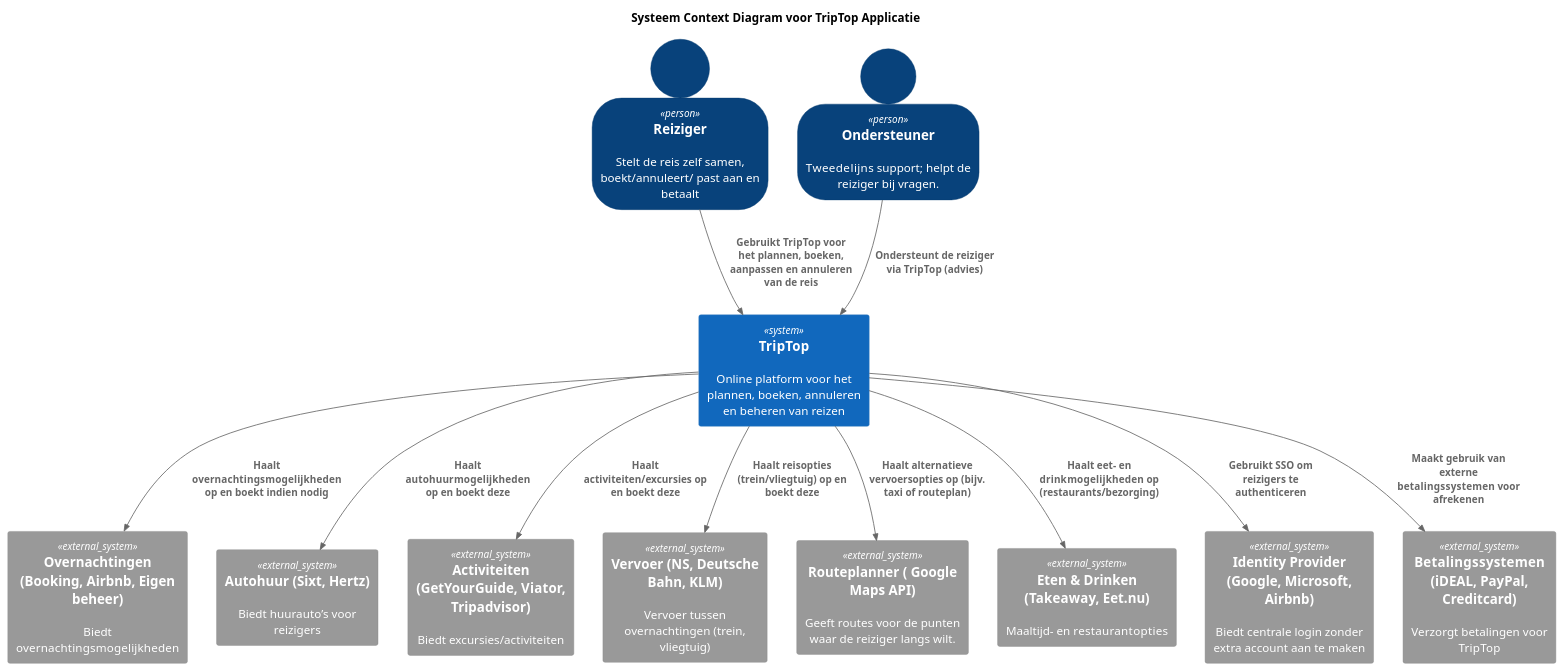
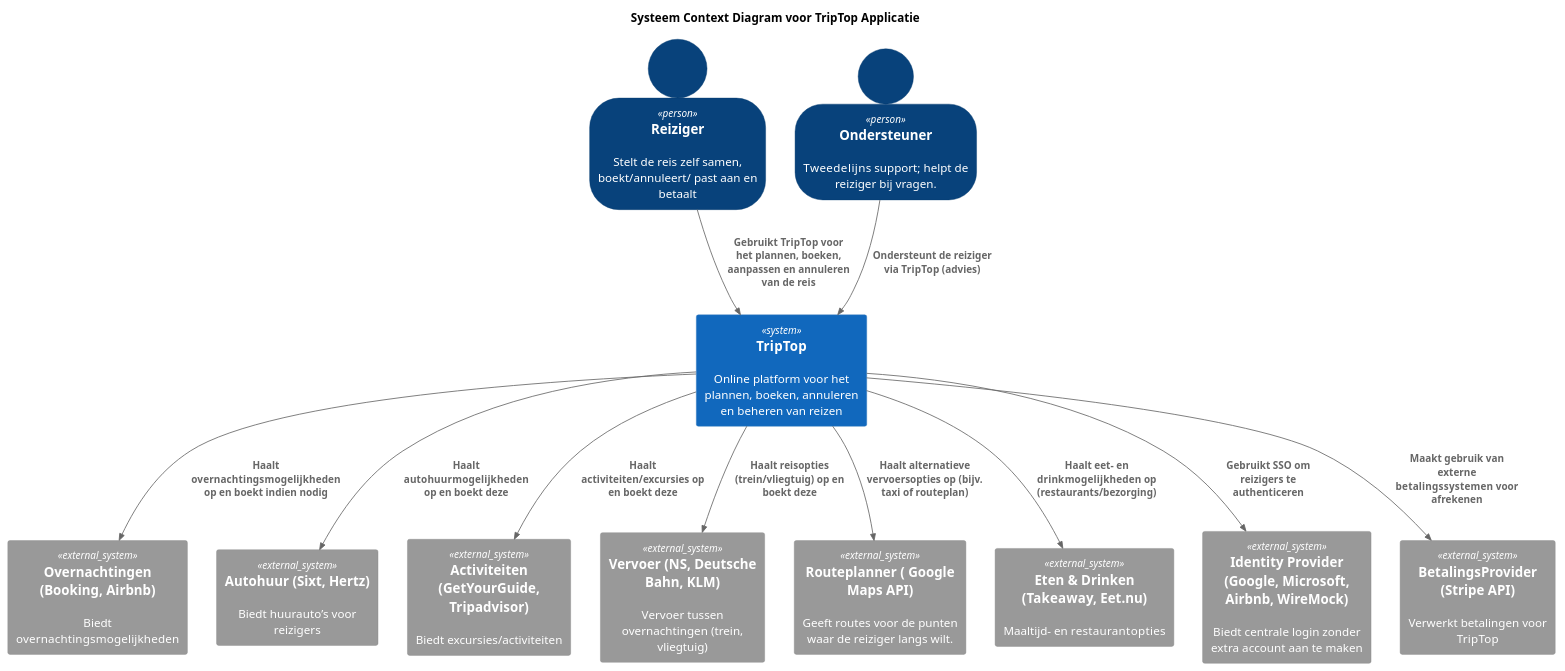
Before and after one commit to AIM-ENE-feb25/triptop-asas: the diagram in software-guidebook/context-diagram.puml, drawn with PlantUML.

```diff
--- a/software-guidebook/context-diagram.puml
+++ b/software-guidebook/context-diagram.puml
@@ -1,32 +1,32 @@
 @startuml
 !include https://raw.githubusercontent.com/plantuml-stdlib/C4-PlantUML/master/C4_Context.puml
 title Systeem Context Diagram voor TripTop Applicatie
 SHOW_PERSON_OUTLINE()
 Person(reiziger, "Reiziger", "Stelt de reis zelf samen, boekt/annuleert/ past aan en betaalt")
 Person(ondersteuner, "Ondersteuner", "Tweede­lijns support; helpt de reiziger bij vragen.")
 
 System(triptop, "TripTop", "Online platform voor het plannen, boeken, annuleren en beheren van reizen")
 
-System_Ext(overnachtingen, "Overnachtingen (Booking, Airbnb, Eigen beheer)", "Biedt overnachtings­mogelijkheden")
+System_Ext(overnachtingen, "Overnachtingen (Booking, Airbnb)", "Biedt overnachtings­mogelijkheden")
 System_Ext(autohuur, "Autohuur (Sixt, Hertz)", "Biedt huurauto’s voor reizigers")
-System_Ext(activiteiten, "Activiteiten (GetYourGuide, Viator, Tripadvisor)", "Biedt excursies/activiteiten")
+System_Ext(activiteiten, "Activiteiten (GetYourGuide, Tripadvisor)", "Biedt excursies/activiteiten")
 System_Ext(vervoer1, "Vervoer (NS, Deutsche Bahn, KLM)", "Vervoer tussen overnachtingen (trein, vliegtuig)")
 System_Ext(vervoer2, "Routeplanner ( Google Maps API)", "Geeft routes voor de punten waar de reiziger langs wilt.")
 System_Ext(eten, "Eten & Drinken (Takeaway, Eet.nu)", "Maaltijd- en restaurant­opties")
 
-System_Ext(identity, "Identity Provider (Google, Microsoft, Airbnb)", "Biedt centrale login zonder extra account aan te maken")
-System_Ext(payment, "Betalings­systemen (iDEAL, PayPal, Creditcard)", "Verzorgt betalingen voor TripTop")
+System_Ext(identity, "Identity Provider (Google, Microsoft, Airbnb, WireMock)", "Biedt centrale login zonder extra account aan te maken")
+System_Ext(payment, "BetalingsProvider (Stripe API)", "Verwerkt betalingen voor TripTop")
 
 Rel(reiziger, triptop, "Gebruikt TripTop voor het plannen, boeken, aanpassen en annuleren van de reis")
 Rel(ondersteuner, triptop, "Ondersteunt de reiziger via TripTop (advies)")
 Rel(triptop, overnachtingen, "Haalt overnachtings­mogelijkheden op en boekt indien nodig")
 Rel(triptop, autohuur, "Haalt autohuur­mogelijkheden op en boekt deze")
 Rel(triptop, activiteiten, "Haalt activiteiten/excursies op en boekt deze")
 Rel(triptop, vervoer1, "Haalt reisopties (trein/vliegtuig) op en boekt deze")
 Rel(triptop, vervoer2, "Haalt alternatieve vervoersopties op (bijv. taxi of routeplan)")
 Rel(triptop, eten, "Haalt eet- en drink­mogelijkheden op (restaurants/bezorging)")
 
 Rel(triptop, identity, "Gebruikt SSO om reizigers te authenticeren")
 Rel(triptop, payment, "Maakt gebruik van externe betalings­systemen voor afrekenen")
 
 @enduml
```
